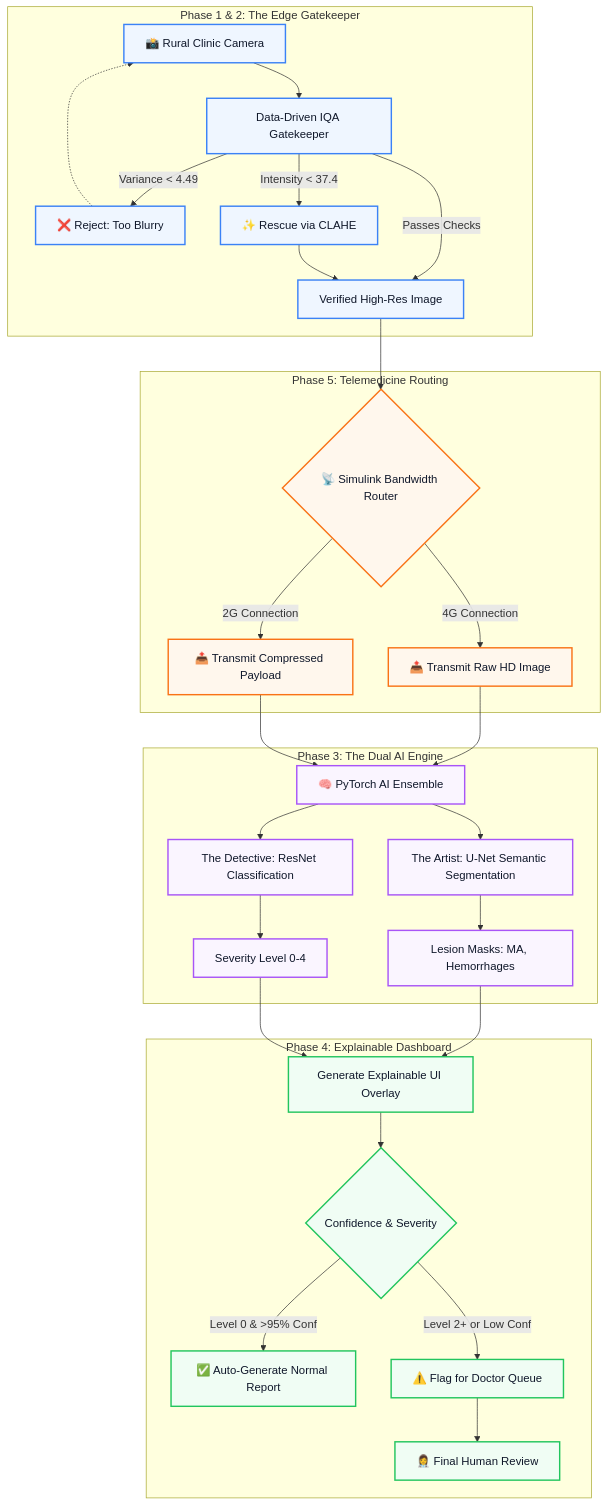
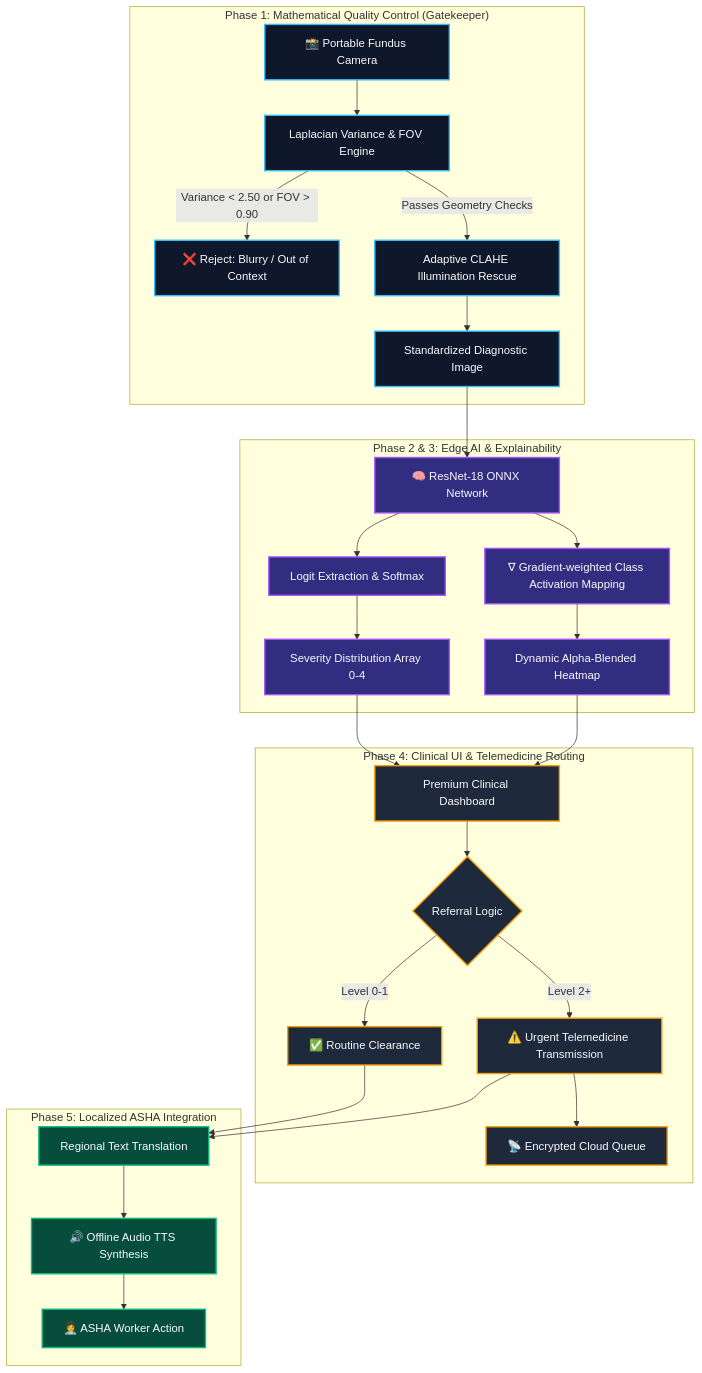
Before and after one commit to x2ankit/eDRis: the diagram in README.md, drawn with Mermaid. The commit also changed other lines of this file, not shown here.

Commit message:
docs: premium professional overhaul of README with accurate 5-phase MATLAB architecture and SIH metrics

````diff
--- a/README.md
+++ b/README.md
@@ -30,45 +30,43 @@
 ```mermaid
 graph TD
-    classDef edge fill:#eff6ff,stroke:#3b82f6,stroke-width:2px,color:#0f172a
-    classDef network fill:#fff7ed,stroke:#f97316,stroke-width:2px,color:#0f172a
-    classDef cloud fill:#faf5ff,stroke:#a855f7,stroke-width:2px,color:#0f172a
-    classDef human fill:#f0fdf4,stroke:#22c55e,stroke-width:2px,color:#0f172a
+    classDef edge fill:#0f172a,stroke:#38bdf8,stroke-width:2px,color:#f8fafc
+    classDef network fill:#1e293b,stroke:#f59e0b,stroke-width:2px,color:#f8fafc
+    classDef cloud fill:#312e81,stroke:#a855f7,stroke-width:2px,color:#f8fafc
+    classDef human fill:#064e3b,stroke:#10b981,stroke-width:2px,color:#f8fafc
 
-    subgraph "Phase 1 & 2: The Edge Gatekeeper"
-        A[📸 Rural Clinic Camera] --> B[Data-Driven IQA Gatekeeper]
-        B -->|Variance < 4.49| C[❌ Reject: Too Blurry]
-        C -.-> A
-        B -->|Intensity < 37.4| D[✨ Rescue via CLAHE]
-        B -->|Passes Checks| E[Verified High-Res Image]
-        D --> E
+    subgraph "Phase 1: Mathematical Quality Control (Gatekeeper)"
+        A[📸 Portable Fundus Camera] --> B[Laplacian Variance & FOV Engine]
+        B -->|Variance < 2.50 or FOV > 0.90| C[❌ Reject: Blurry / Out of Context]
+        B -->|Passes Geometry Checks| D[Adaptive CLAHE Illumination Rescue]
+        D --> E[Standardized Diagnostic Image]
     end
 
-    subgraph "Phase 5: Telemedicine Routing"
-        E --> G{📡 Simulink Bandwidth Router}
-        G -->|4G Connection| H[📤 Transmit Raw HD Image]
-        G -->|2G Connection| I[📤 Transmit Compressed Payload]
+    subgraph "Phase 2 & 3: Edge AI & Explainability"
+        E --> F[🧠 ResNet-18 ONNX Network]
+        F --> G[Logit Extraction & Softmax]
+        F --> H[∇ Gradient-weighted Class Activation Mapping]
+        G --> I[Severity Distribution Array 0-4]
+        H --> J[Dynamic Alpha-Blended Heatmap]
     end
 
-    subgraph "Phase 3: The Dual AI Engine"
-        H --> J[🧠 PyTorch AI Ensemble]
-        I --> J
-        J --> K[The Artist: U-Net Semantic Segmentation]
-        J --> L[The Detective: ResNet Classification]
-        K --> M[Lesion Masks: MA, Hemorrhages]
-        L --> N[Severity Level 0-4]
+    subgraph "Phase 4: Clinical UI & Telemedicine Routing"
+        I --> K[Premium Clinical Dashboard]
+        J --> K
+        K --> L{Referral Logic}
+        L -->|Level 0-1| M[✅ Routine Clearance]
+        L -->|Level 2+| N[⚠️ Urgent Telemedicine Transmission]
+        N --> O[📡 Encrypted Cloud Queue]
     end
 
-    subgraph "Phase 4: Explainable Dashboard"
-        M --> O[Generate Explainable UI Overlay]
-        N --> O
-        O --> Q{Confidence & Severity}
-        Q -->|Level 0 & >95% Conf| R[✅ Auto-Generate Normal Report]
-        Q -->|Level 2+ or Low Conf| S[⚠️ Flag for Doctor Queue]
-        S --> T[👩‍⚕️ Final Human Review]
+    subgraph "Phase 5: Localized ASHA Integration"
+        M --> P[Regional Text Translation]
+        N --> P
+        P --> Q[🔊 Offline Audio TTS Synthesis]
+        Q --> R[👩‍⚕️ ASHA Worker Action]
     end
 
     class A,B,C,D,E edge
-    class G,H,I network
-    class J,K,L,M,N cloud
-    class O,Q,R,S,T human
+    class F,G,H,I,J cloud
+    class K,L,M,N,O network
+    class P,Q,R human
 ```
````
